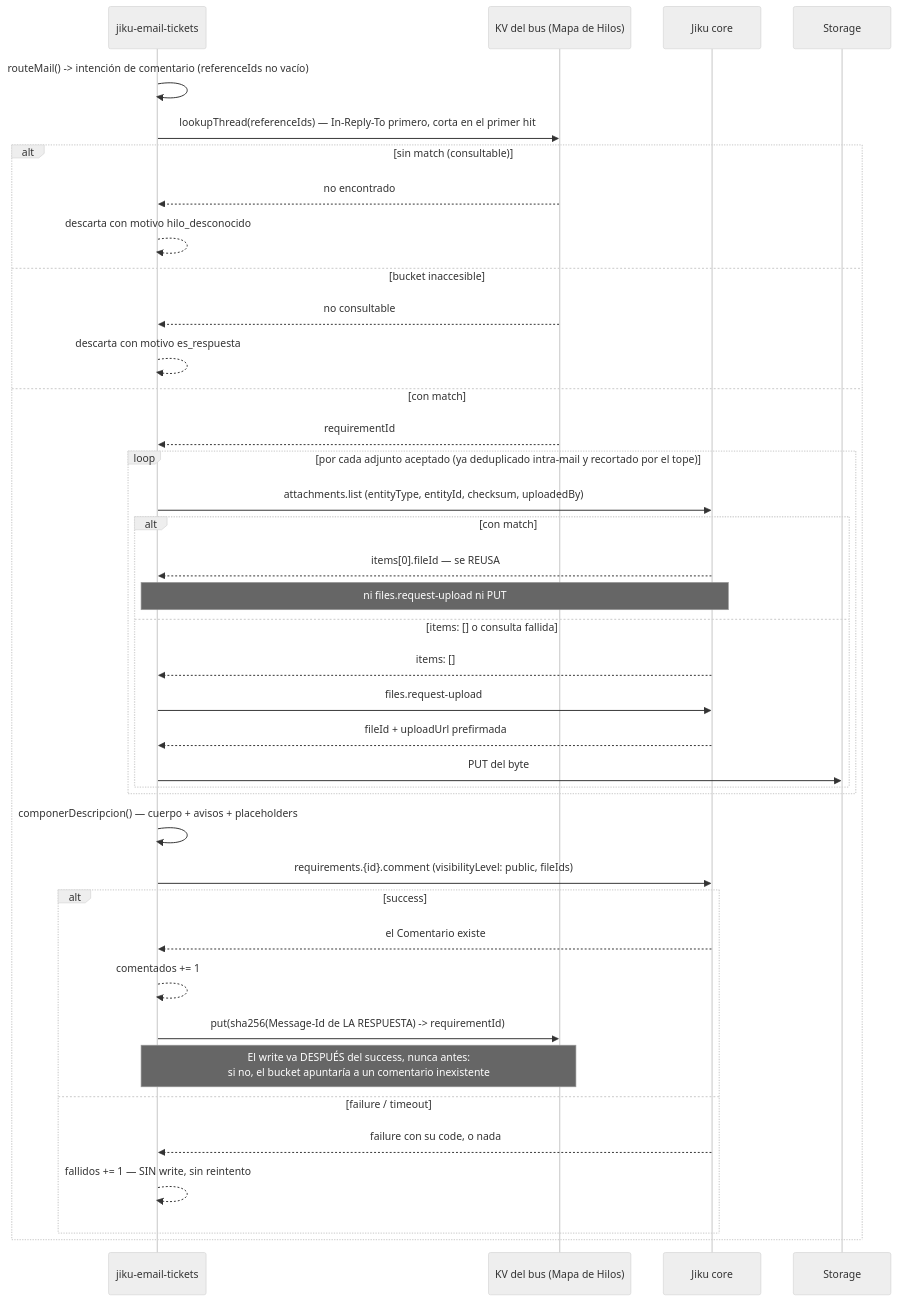
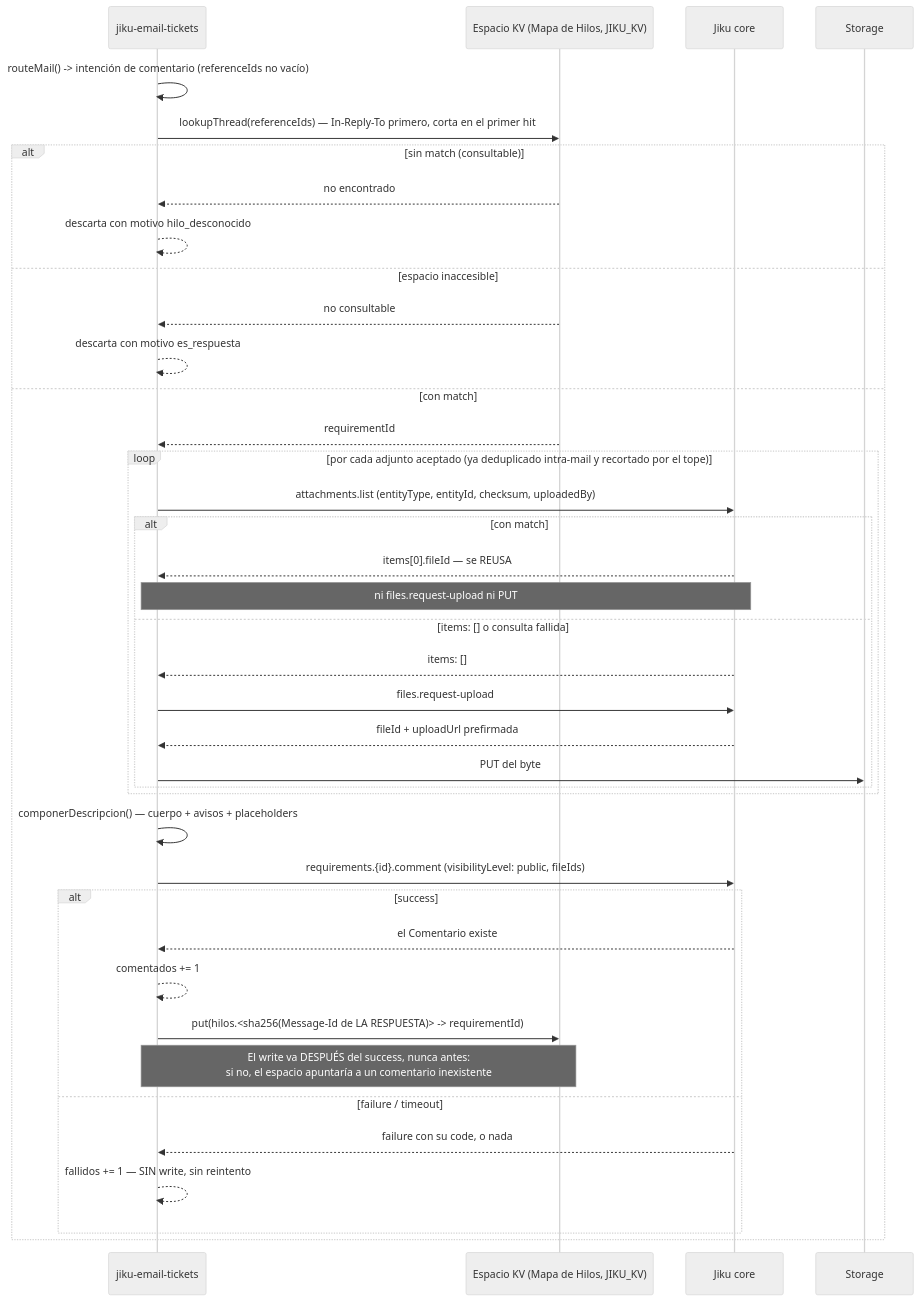
The diagram in docs/flows/publicacion-requirements-comment.md (gravadigital/jiku-email-tickets), drawn with Mermaid (neutral theme) before and after one commit. The commit also changed other lines of this file and 22 other files, not shown here.

````diff
--- a/docs/flows/publicacion-requirements-comment.md
+++ b/docs/flows/publicacion-requirements-comment.md
@@ -55,42 +57,42 @@
 ```mermaid
 sequenceDiagram
     participant MC as jiku-email-tickets
-    participant KV as KV del bus (Mapa de Hilos)
+    participant KV as Espacio KV (Mapa de Hilos, JIKU_KV)
     participant CORE as Jiku core
     participant S3 as Storage
 
     MC->>MC: routeMail() -> intención de comentario (referenceIds no vacío)
     MC->>KV: lookupThread(referenceIds) — In-Reply-To primero, corta en el primer hit
     alt sin match (consultable)
         KV-->>MC: no encontrado
         MC-->>MC: descarta con motivo hilo_desconocido
-    else bucket inaccesible
+    else espacio inaccesible
         KV-->>MC: no consultable
         MC-->>MC: descarta con motivo es_respuesta
     else con match
         KV-->>MC: requirementId
         loop por cada adjunto aceptado (ya deduplicado intra-mail y recortado por el tope)
             MC->>CORE: attachments.list (entityType, entityId, checksum, uploadedBy)
             alt con match
                 CORE-->>MC: items[0].fileId — se REUSA
                 Note over MC,CORE: ni files.request-upload ni PUT
             else items: [] o consulta fallida
                 CORE-->>MC: items: []
                 MC->>CORE: files.request-upload
                 CORE-->>MC: fileId + uploadUrl prefirmada
                 MC->>S3: PUT del byte
             end
         end
         MC->>MC: componerDescripcion() — cuerpo + avisos + placeholders
         MC->>CORE: requirements.{id}.comment (visibilityLevel: public, fileIds)
         alt success
             CORE-->>MC: el Comentario existe
             MC-->>MC: comentados += 1
-            MC->>KV: put(sha256(Message-Id de LA RESPUESTA) -> requirementId)
-            Note over MC,KV: El write va DESPUÉS del success, nunca antes:<br/>si no, el bucket apuntaría a un comentario inexistente
+            MC->>KV: put(hilos.<sha256(Message-Id de LA RESPUESTA)> -> requirementId)
+            Note over MC,KV: El write va DESPUÉS del success, nunca antes:<br/>si no, el espacio apuntaría a un comentario inexistente
         else failure / timeout
             CORE-->>MC: failure con su code, o nada
             MC-->>MC: fallidos += 1 — SIN write, sin reintento
         end
     end
 ```
````
